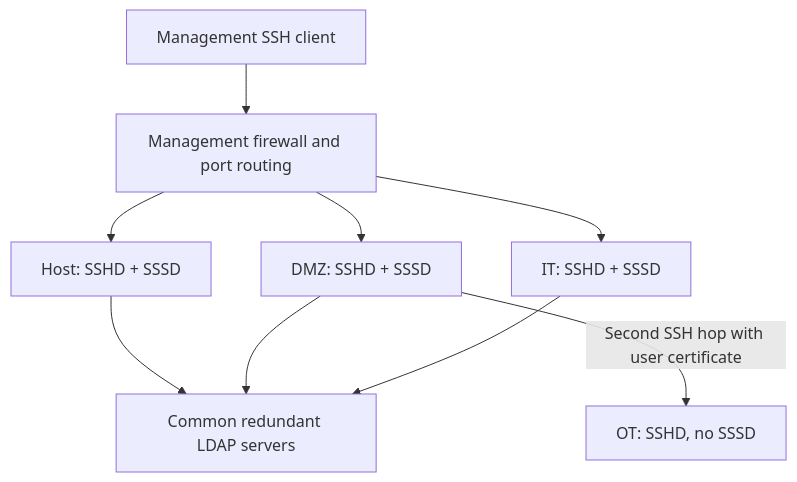
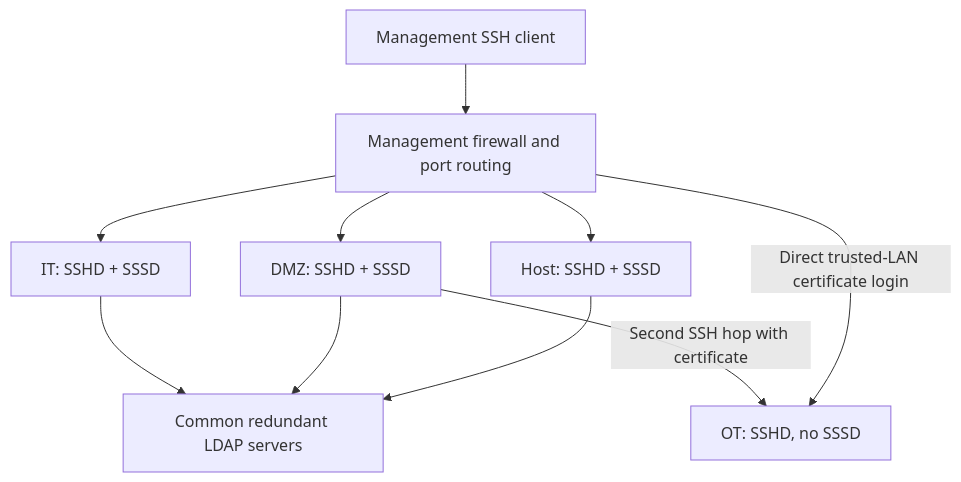
One commit to recardo-cheng1980/design-documents changed the first of 4 diagrams in IT_OT_Solution_B_Four_SSHD_SSSD_Design.md. Above: the diagram before and after it, drawn with Mermaid. The commit also changed other lines of this file, not shown here.

Commit message:
docs: support direct LAN and DMZ jump access to OT

````diff
--- a/IT_OT_Solution_B_Four_SSHD_SSSD_Design.md
+++ b/IT_OT_Solution_B_Four_SSHD_SSSD_Design.md
@@ -25,9 +25,10 @@
 ```mermaid
 flowchart TD
     C["Management SSH client"] --> F["Management firewall and port routing"]
     F --> H["Host: SSHD + SSSD"]
     F --> D["DMZ: SSHD + SSSD"]
     F --> I["IT: SSHD + SSSD"]
-    D -->|"Second SSH hop with user certificate"| O["OT: SSHD, no SSSD"]
+    F -->|"Direct trusted-LAN certificate login"| O["OT: SSHD, no SSSD"]
+    D -->|"Second SSH hop with certificate"| O
     H & D & I --> L["Common redundant LDAP servers"]
 ```
````
